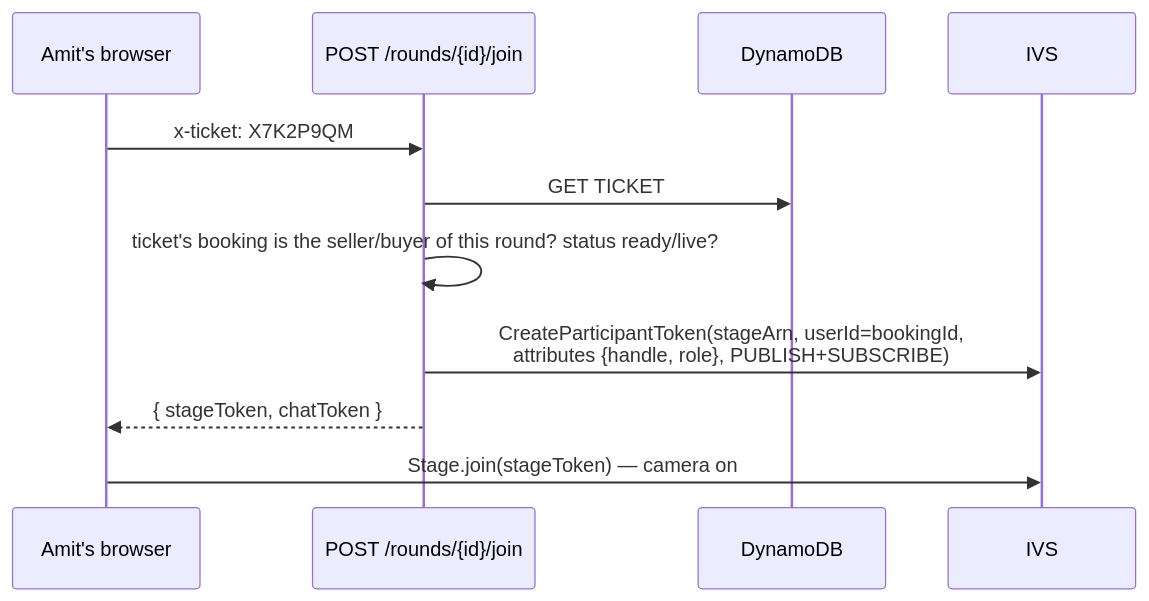
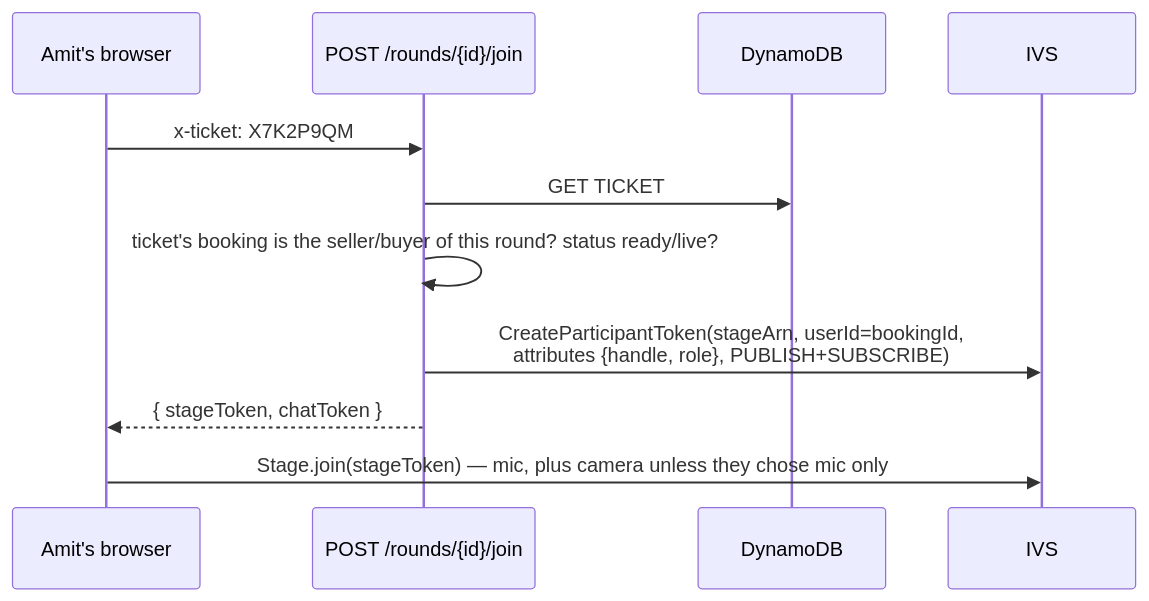
Before and after one commit to AmitKulkarni23/pitchdrill: the fifth of 5 diagrams in docs/system_specs/architecture.md, drawn with Mermaid. The commit also changed other lines of this file and 3 other files, not shown here.

Commit message:
Let players join on mic only and turn their camera off mid-round.

````diff
--- a/docs/system_specs/architecture.md
+++ b/docs/system_specs/architecture.md
@@ -170,13 +170,13 @@
 ```mermaid
 sequenceDiagram
   participant A as Amit's browser
   participant API as POST /rounds/{id}/join
   participant DB as DynamoDB
   participant IVS
   A->>API: x-ticket: X7K2P9QM
   API->>DB: GET TICKET#sha256(ticket) → booking → round
   API->>API: ticket's booking is the seller/buyer of this round? status ready/live?
   API->>IVS: CreateParticipantToken(stageArn, userId=bookingId,<br/>attributes {handle, role}, PUBLISH+SUBSCRIBE)
   API-->>A: { stageToken, chatToken }
-  A->>IVS: Stage.join(stageToken) — camera on
+  A->>IVS: Stage.join(stageToken) — mic, plus camera unless they chose mic only
 ```
````
